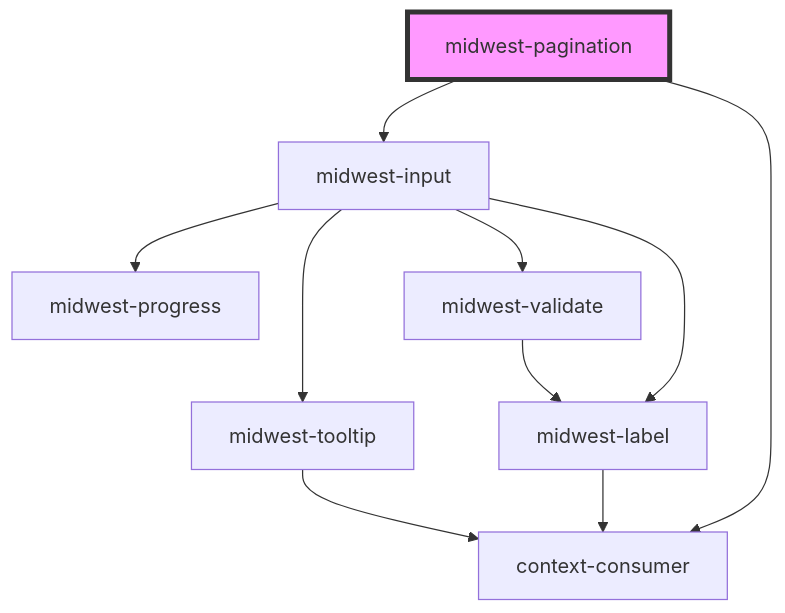
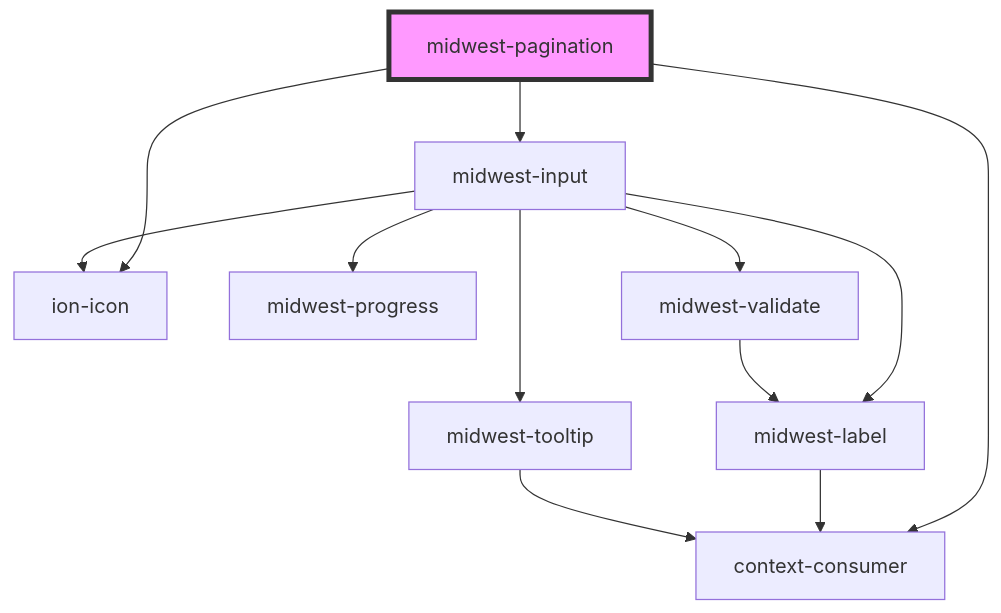
The diagram in packages/core/docs/components/common/pagination/readme.md (splitinfinities/Midwest), drawn with Mermaid before and after one commit. The commit also changed other lines of this file and 388 other files, not shown here.

````diff
--- a/packages/core/docs/components/common/pagination/readme.md
+++ b/packages/core/docs/components/common/pagination/readme.md
@@ -79,13 +80,15 @@
 ```mermaid
 graph TD;
+  midwest-pagination --> ion-icon
   midwest-pagination --> midwest-input
   midwest-pagination --> context-consumer
   midwest-input --> midwest-label
+  midwest-input --> ion-icon
   midwest-input --> midwest-progress
   midwest-input --> midwest-tooltip
   midwest-input --> midwest-validate
   midwest-label --> context-consumer
   midwest-tooltip --> context-consumer
   midwest-validate --> midwest-label
   style midwest-pagination fill:#f9f,stroke:#333,stroke-width:4px
 ```
````
